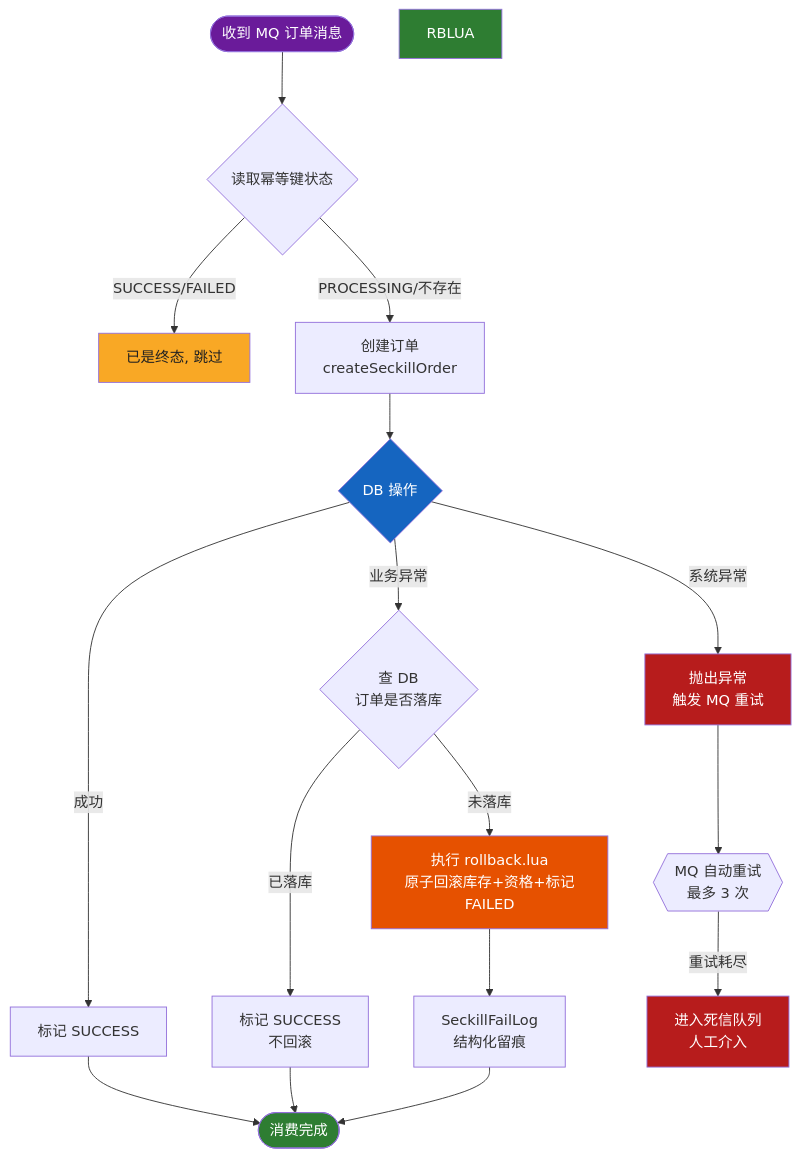
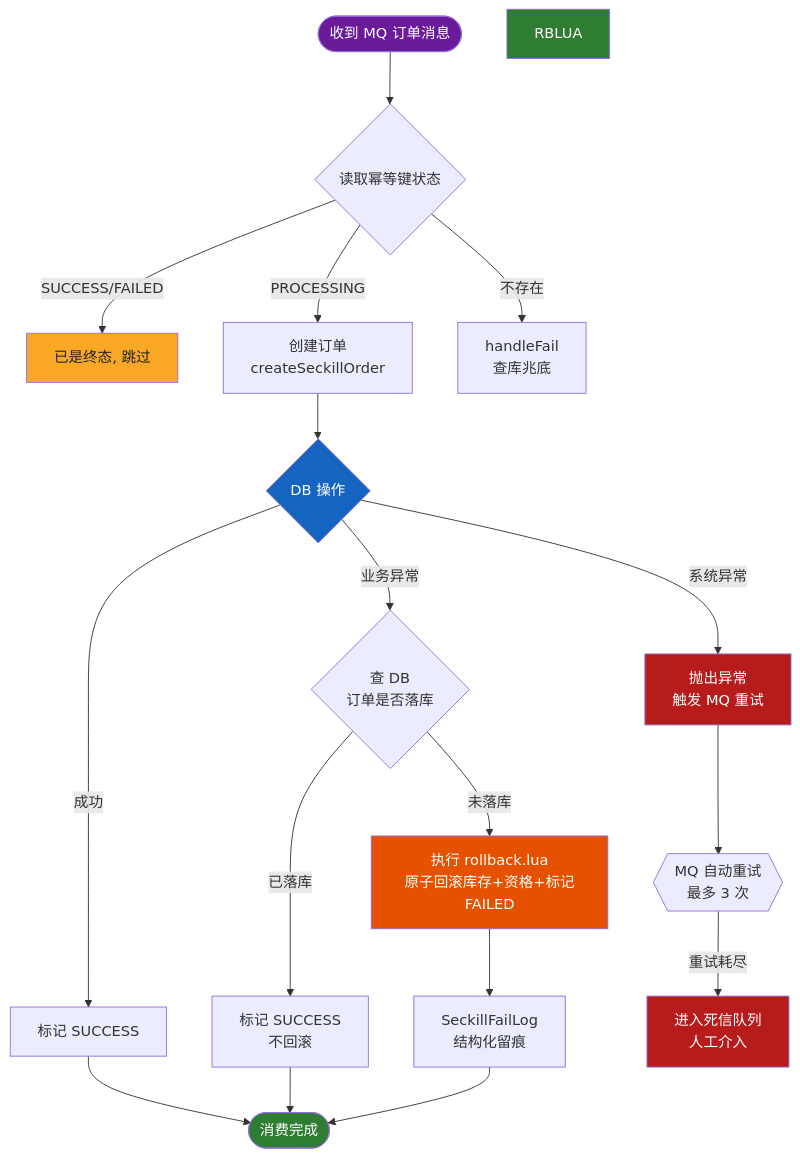
One commit to Shardkiht/FlashDeal changed the third of 3 diagrams in README.md. Above: the diagram before and after it, drawn with Mermaid. The commit also changed other lines of this file and 2 other files, not shown here.

````diff
--- a/README.md
+++ b/README.md
@@ -183,30 +219,31 @@
 ```mermaid
 flowchart TD
     MSG([收到 MQ 订单消息]) --> STATUS{读取幂等键状态}
     STATUS -->|SUCCESS/FAILED| SKIP[已是终态, 跳过]
-    STATUS -->|PROCESSING/不存在| CREATE[创建订单<br/>createSeckillOrder]
+    STATUS -->|PROCESSING| CREATE[创建订单<br/>createSeckillOrder]
+    STATUS -->|不存在| HANDLEFAIL[handleFail<br/>查库兆底]
 
     CREATE --> DBSAVE{DB 操作}
     DBSAVE -->|成功| MARK[标记 SUCCESS]
     MARK --> DONE([消费完成])
 
     DBSAVE -->|业务异常| CHECK{查 DB<br/>订单是否落库}
     CHECK -->|已落库| MARK2[标记 SUCCESS<br/>不回滚]
     MARK2 --> DONE
     CHECK -->|未落库| RBLUA2[执行 rollback.lua<br/>原子回滚库存+资格+标记FAILED]
     RBLUA2 --> RECORD[SeckillFailLog<br/>结构化留痕]
     RECORD --> DONE
 
     DBSAVE -->|系统异常| THROW1[抛出异常<br/>触发 MQ 重试]
     THROW1 --> RETRY{{MQ 自动重试<br/>最多 3 次}}
     RETRY -->|重试耗尽| DLQ[进入死信队列<br/>人工介入]
 
     style MSG fill:#6a1b9a,color:#fff
     style DONE fill:#2e7d32,color:#fff
     style SKIP fill:#f9a825,color:#212121
     style THROW1 fill:#b71c1c,color:#fff
     style DLQ fill:#b71c1c,color:#fff
     style RBLUA fill:#2e7d32,color:#fff
     style RBLUA2 fill:#e65100,color:#fff
     style DBSAVE fill:#1565c0,color:#fff
 ```
````
